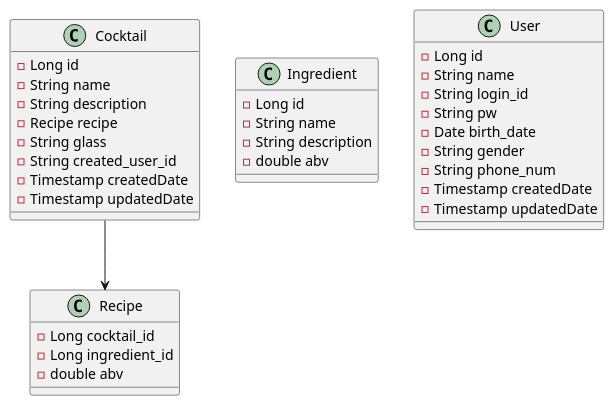
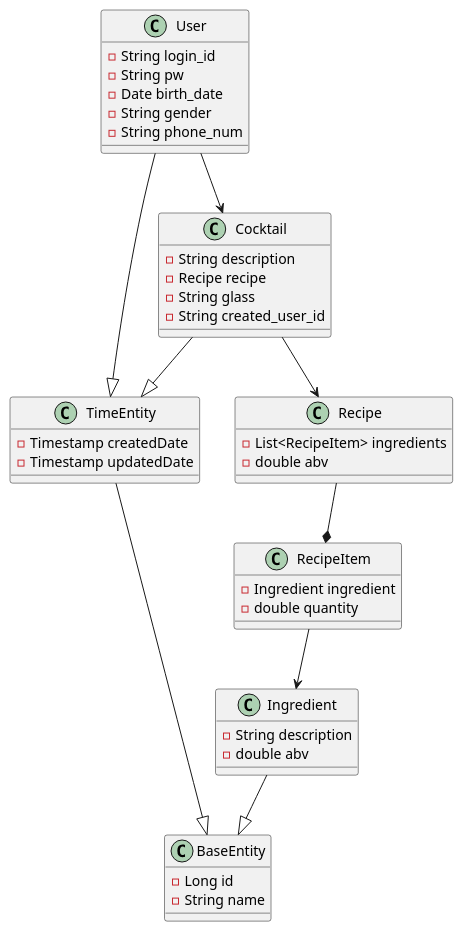
The diagram in back/classdiagram.puml (eunnu/bangguseok_bartender), drawn with PlantUML before and after one commit. The commit also changed 1 other file, not shown here.

Commit message:
chore(back): class diagram 수정

```diff
--- a/back/classdiagram.puml
+++ b/back/classdiagram.puml
@@ -1,41 +1,53 @@
 @startuml
 
-class Cocktail {
+class BaseEntity {
     - {field} Long id
     - {field} String name
-    - {field} String description
-    - {field} Recipe recipe
-    - {field} String glass
-    - {field} String created_user_id
+}
+
+class TimeEntity {
     - {field} Timestamp createdDate
     - {field} Timestamp updatedDate
 }
 
+class Cocktail {
+    - {field} String description
+    - {field} Recipe recipe
+    - {field} String glass
+'    - {field} String ice
+    - {field} String created_user_id
+}
+
 class Ingredient {
-    - {field} Long id
-    - {field} String name
     - {field} String description
     - {field} double abv
 }
 
+class RecipeItem {
+    - {field} Ingredient ingredient
+    - {field} double quantity
+}
+
 class Recipe {
-    - {field} Long cocktail_id
-    - {field} Long ingredient_id
+    - {field} List<RecipeItem> ingredients
     - {field} double abv
 }
 
 class User {
-    - {field} Long id
-    - {field} String name
     - {field} String login_id
     - {field} String pw
     - {field} Date birth_date
     - {field} String gender
     - {field} String phone_num
-    - {field} Timestamp createdDate
-    - {field} Timestamp updatedDate
 }
+TimeEntity --|> BaseEntity
+User --|> TimeEntity
+Cocktail --|> TimeEntity
+Ingredient --|> BaseEntity
 
 Cocktail --> Recipe
+RecipeItem --> Ingredient
+Recipe --* RecipeItem
+User --> Cocktail
 
 @enduml
```
